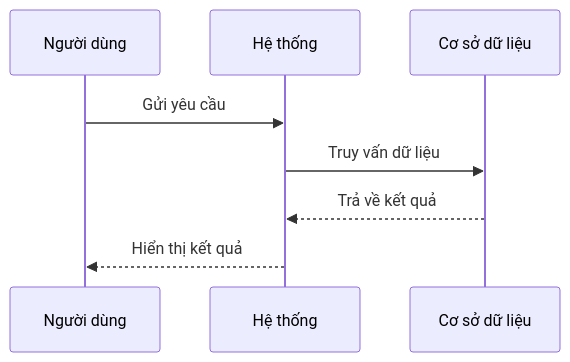
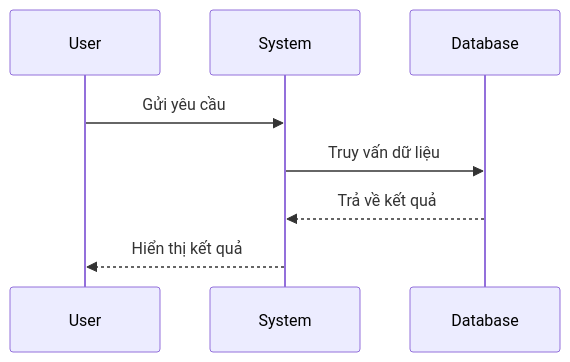
The second of 7 diagrams in .czon/src/vi-VN/8938d6aac9c056c06137a041b8e82379bfb619bb6d435b9ecec515337dd0cd69.md (zccz14/CZON), drawn with Mermaid before and after one commit. The commit also changed other lines of this file and 148 other files, not shown here.

````diff
--- a/.czon/src/vi-VN/8938d6aac9c056c06137a041b8e82379bfb619bb6d435b9ecec515337dd0cd69.md
+++ b/.czon/src/vi-VN/8938d6aac9c056c06137a041b8e82379bfb619bb6d435b9ecec515337dd0cd69.md
@@ -38,11 +37,11 @@
 ```mermaid
 sequenceDiagram
-    participant Người dùng
-    participant Hệ thống
-    participant Cơ sở dữ liệu
+    participant User
+    participant System
+    participant Database
 
-    Người dùng->>Hệ thống: Gửi yêu cầu
-    Hệ thống->>Cơ sở dữ liệu: Truy vấn dữ liệu
-    Cơ sở dữ liệu-->>Hệ thống: Trả về kết quả
-    Hệ thống-->>Người dùng: Hiển thị kết quả
+    User->>System: Gửi yêu cầu
+    System->>Database: Truy vấn dữ liệu
+    Database-->>System: Trả về kết quả
+    System-->>User: Hiển thị kết quả
 ```
````
